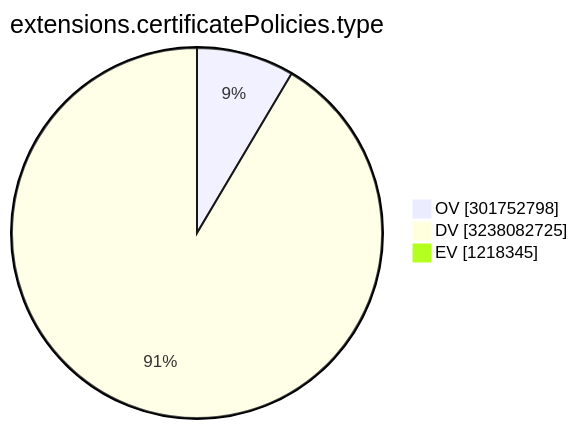
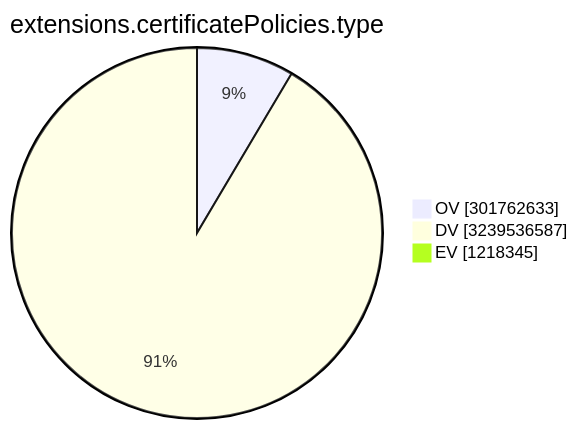
The ninth of 15 diagrams in TOTAL/README.md (christiankrug/ctmonitor_visualization), drawn with Mermaid before and after one commit. The commit also changed other lines of this file, not shown here.

````diff
--- a/TOTAL/README.md
+++ b/TOTAL/README.md
@@ -3107,7 +3107,7 @@
 ```mermaid
 pie showData
 title extensions.certificatePolicies.type
-"OV" :301752798
-"DV" :3238082725
+"OV" :301762633
+"DV" :3239536587
 "EV" :1218345
 ```
````
